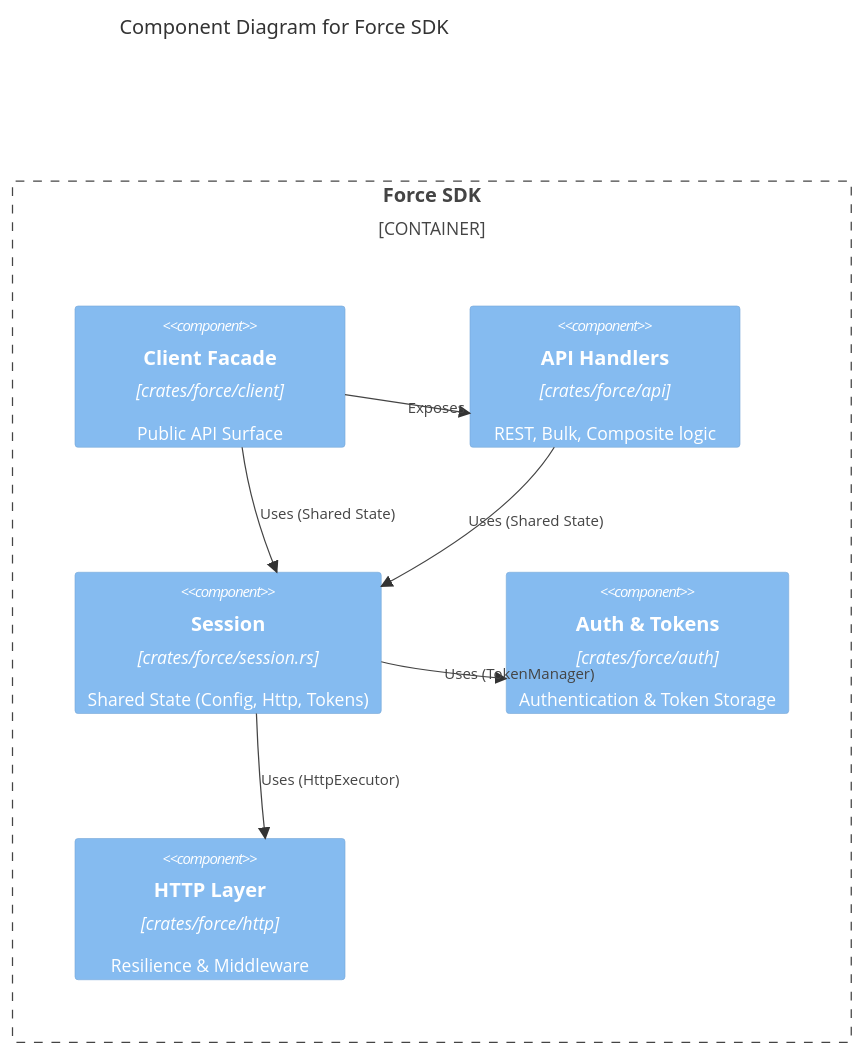
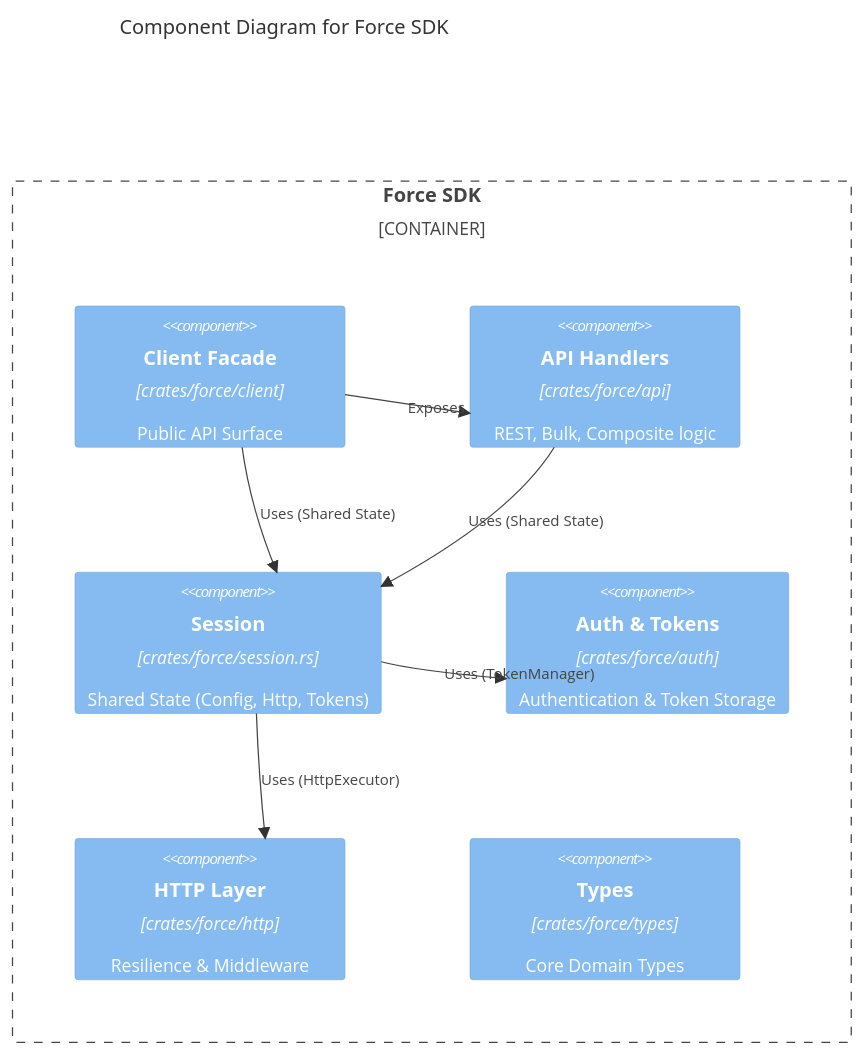
Before and after one commit to madmax983/force-rs: the second of 7 diagrams in docs/architecture.md, drawn with Mermaid. The commit also changed 2 other files, not shown here.

Commit message:
docs: add ADR 016 for removing auth re-exports and update architecture diagrams
Adds ADR-016 documenting the decision to remove deprecated auth type re-exports from `types.rs`.
Updates the architecture component diagram to explicitly show the `Types` module.
Updates the `README.md` ADR index and formally marks ADR-009 as superseded.

````diff
--- a/docs/architecture.md
+++ b/docs/architecture.md
@@ -23,18 +23,19 @@
 ```mermaid
 C4Component
   title Component Diagram for Force SDK
 
   Container_Boundary(sdk, "Force SDK") {
     Component(client, "Client Facade", "crates/force/client", "Public API Surface")
     Component(api, "API Handlers", "crates/force/api", "REST, Bulk, Composite logic")
     Component(session, "Session", "crates/force/session.rs", "Shared State (Config, Http, Tokens)")
     Component(auth, "Auth & Tokens", "crates/force/auth", "Authentication & Token Storage")
     Component(http, "HTTP Layer", "crates/force/http", "Resilience & Middleware")
+    Component(types, "Types", "crates/force/types", "Core Domain Types")
 
     Rel(client, api, "Exposes")
     Rel(client, session, "Uses (Shared State)")
     Rel(api, session, "Uses (Shared State)")
     Rel(session, auth, "Uses (TokenManager)")
     Rel(session, http, "Uses (HttpExecutor)")
   }
 ```
````
